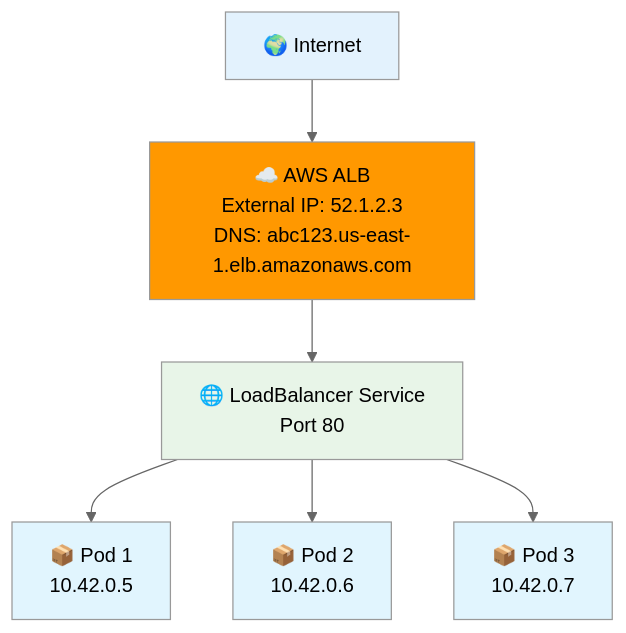
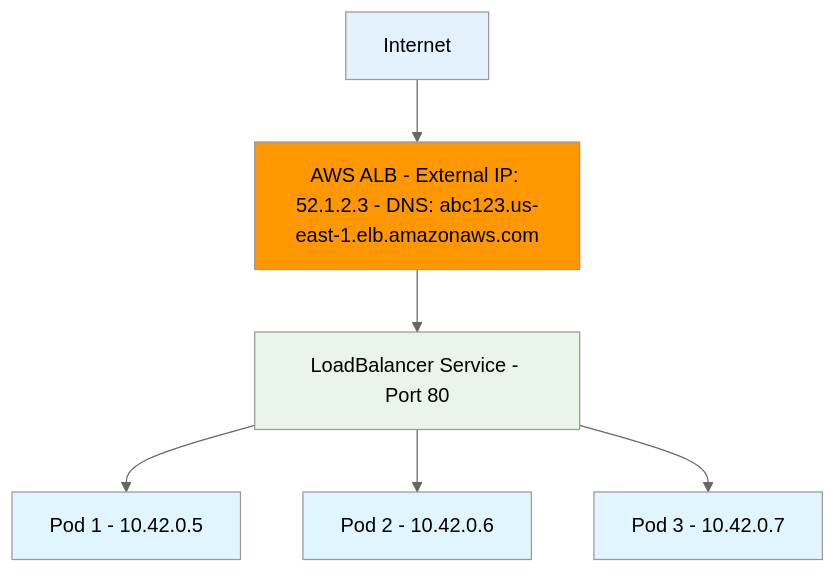
One commit to manikcloud/cloud-devops-learning-path changed diagram 17 of 26 in Section-2-DevOps/Session-7_Kubernetes/04-services-networking/README-FULL.md. Above: the diagram before and after it, drawn with Mermaid (neutral theme). The commit also changed other lines of this file and 1 other file, not shown here.

First line of the commit message:
Fix remaining mermaid diagram syntax errors in both README files

````diff
--- a/Section-2-DevOps/Session-7_Kubernetes/04-services-networking/README-FULL.md
+++ b/Section-2-DevOps/Session-7_Kubernetes/04-services-networking/README-FULL.md
@@ -859,15 +859,15 @@
 ```mermaid
 graph TB
-    INTERNET[🌍 Internet] --> ALB[☁️ AWS ALB<br/>External IP: 52.1.2.3<br/>DNS: abc123.us-east-1.elb.amazonaws.com]
-    ALB --> SERVICE[🌐 LoadBalancer Service<br/>Port 80]
-    SERVICE --> POD1[📦 Pod 1<br/>10.42.0.5]
-    SERVICE --> POD2[📦 Pod 2<br/>10.42.0.6]
-    SERVICE --> POD3[📦 Pod 3<br/>10.42.0.7]
+    INTERNET[Internet] --> ALB[AWS ALB - External IP: 52.1.2.3 - DNS: abc123.us-east-1.elb.amazonaws.com]
+    ALB --> SERVICE[LoadBalancer Service - Port 80]
+    SERVICE --> POD1[Pod 1 - 10.42.0.5]
+    SERVICE --> POD2[Pod 2 - 10.42.0.6]
+    SERVICE --> POD3[Pod 3 - 10.42.0.7]
     
     style INTERNET fill:#e3f2fd
     style ALB fill:#ff9800
     style SERVICE fill:#e8f5e8
     style POD1 fill:#e1f5fe
     style POD2 fill:#e1f5fe
     style POD3 fill:#e1f5fe
 ```
````
